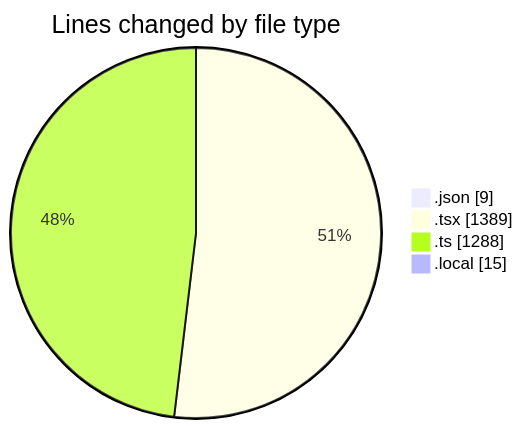
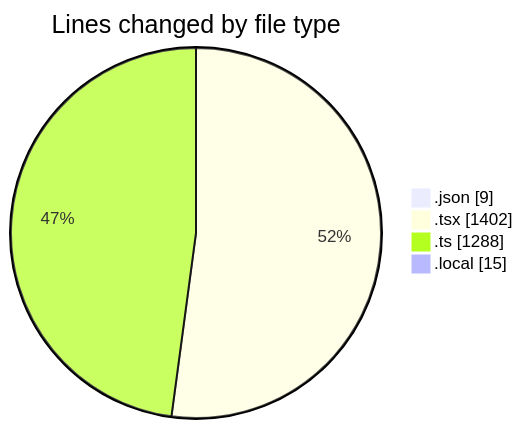
Before and after one commit to julien-gomy/code-tracking: the first of 2 diagrams in 2025-10-27/eventscop-frontend-guide__workspace_/README.md, drawn with Mermaid. The commit also changed other lines of this file and 1 other file, not shown here.

````diff
--- a/2025-10-27/eventscop-frontend-guide__workspace_/README.md
+++ b/2025-10-27/eventscop-frontend-guide__workspace_/README.md
@@ -33,8 +33,8 @@
 ```mermaid
 pie showData
 title Lines changed by file type
 ".json" : 9
-".tsx" : 1389
+".tsx" : 1402
 ".ts" : 1288
 ".local" : 15
 ```
````
